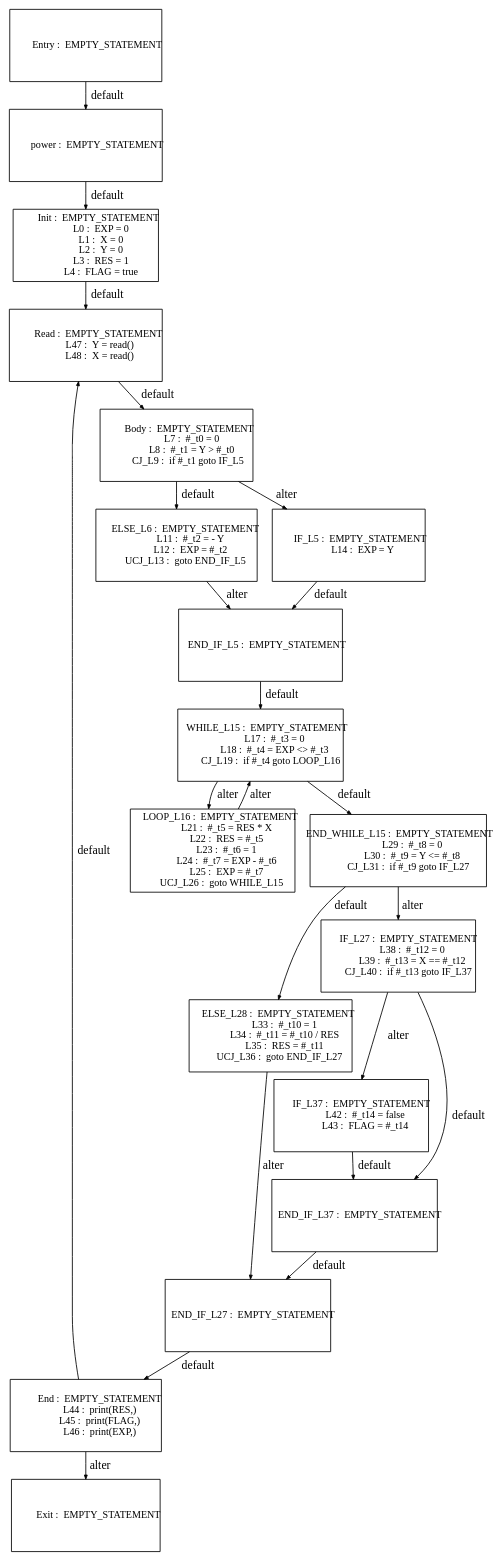
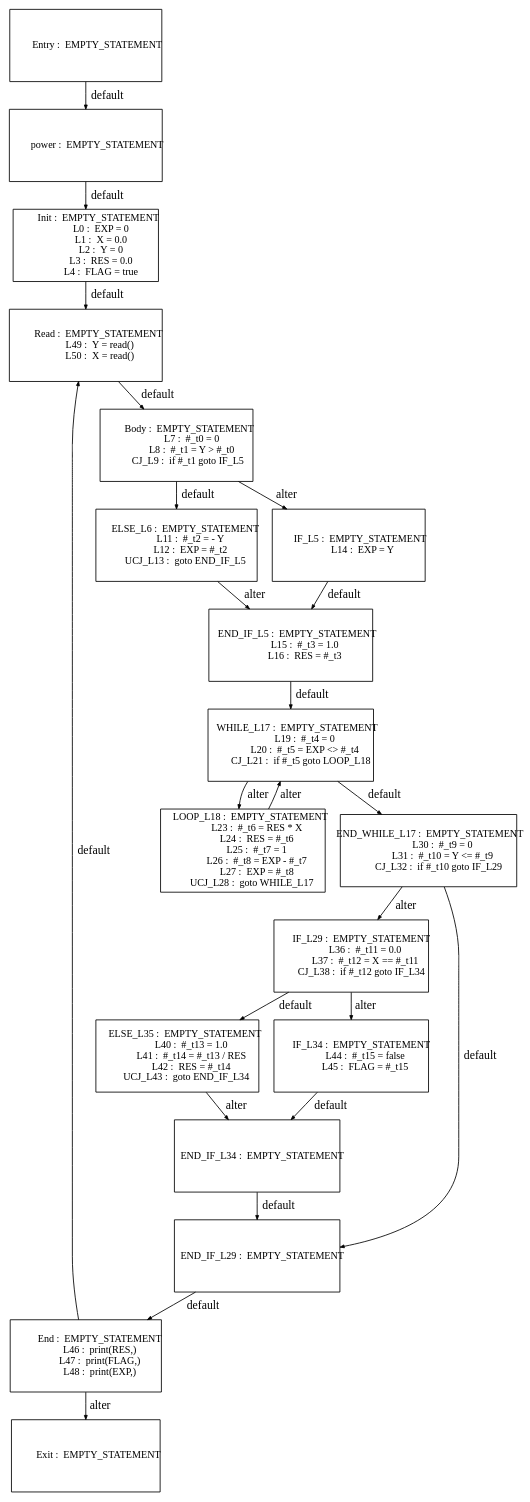
One commit to Geoffrey1014/ST_DSE changed the diagram in tests_programs/paper1_tests/power_output/Graph_origin_0.dot. Above: the diagram before and after it, drawn with Graphviz. The commit also changed 176 other files, not shown here.

```diff
--- a/tests_programs/paper1_tests/power_output/Graph_origin_0.dot
+++ b/tests_programs/paper1_tests/power_output/Graph_origin_0.dot
@@ -6,9 +6,9 @@
   "          power :  EMPTY_STATEMENT
 "; "           Init :  EMPTY_STATEMENT
              L0 :  EXP = 0
-             L1 :  X = 0
+             L1 :  X = 0.0
              L2 :  Y = 0
-             L3 :  RES = 1
+             L3 :  RES = 0.0
              L4 :  FLAG = true
 "; "           Body :  EMPTY_STATEMENT
              L7 :  #_t0 = 0
@@ -21,62 +21,64 @@
 "; "          IF_L5 :  EMPTY_STATEMENT
             L14 :  EXP = Y
 "; "      END_IF_L5 :  EMPTY_STATEMENT
-"; "      WHILE_L15 :  EMPTY_STATEMENT
-            L17 :  #_t3 = 0
-            L18 :  #_t4 = EXP <> #_t3
-         CJ_L19 :  if #_t4 goto LOOP_L16
-"; "       LOOP_L16 :  EMPTY_STATEMENT
-            L21 :  #_t5 = RES * X
-            L22 :  RES = #_t5
-            L23 :  #_t6 = 1
-            L24 :  #_t7 = EXP - #_t6
-            L25 :  EXP = #_t7
-        UCJ_L26 :  goto WHILE_L15
-"; "  END_WHILE_L15 :  EMPTY_STATEMENT
-            L29 :  #_t8 = 0
-            L30 :  #_t9 = Y <= #_t8
-         CJ_L31 :  if #_t9 goto IF_L27
-"; "       ELSE_L28 :  EMPTY_STATEMENT
-            L33 :  #_t10 = 1
-            L34 :  #_t11 = #_t10 / RES
-            L35 :  RES = #_t11
-        UCJ_L36 :  goto END_IF_L27
-"; "         IF_L27 :  EMPTY_STATEMENT
-            L38 :  #_t12 = 0
-            L39 :  #_t13 = X == #_t12
-         CJ_L40 :  if #_t13 goto IF_L37
-"; "         IF_L37 :  EMPTY_STATEMENT
-            L42 :  #_t14 = false
-            L43 :  FLAG = #_t14
-"; "     END_IF_L37 :  EMPTY_STATEMENT
-"; "     END_IF_L27 :  EMPTY_STATEMENT
+            L15 :  #_t3 = 1.0
+            L16 :  RES = #_t3
+"; "      WHILE_L17 :  EMPTY_STATEMENT
+            L19 :  #_t4 = 0
+            L20 :  #_t5 = EXP <> #_t4
+         CJ_L21 :  if #_t5 goto LOOP_L18
+"; "       LOOP_L18 :  EMPTY_STATEMENT
+            L23 :  #_t6 = RES * X
+            L24 :  RES = #_t6
+            L25 :  #_t7 = 1
+            L26 :  #_t8 = EXP - #_t7
+            L27 :  EXP = #_t8
+        UCJ_L28 :  goto WHILE_L17
+"; "  END_WHILE_L17 :  EMPTY_STATEMENT
+            L30 :  #_t9 = 0
+            L31 :  #_t10 = Y <= #_t9
+         CJ_L32 :  if #_t10 goto IF_L29
+"; "         IF_L29 :  EMPTY_STATEMENT
+            L36 :  #_t11 = 0.0
+            L37 :  #_t12 = X == #_t11
+         CJ_L38 :  if #_t12 goto IF_L34
+"; "       ELSE_L35 :  EMPTY_STATEMENT
+            L40 :  #_t13 = 1.0
+            L41 :  #_t14 = #_t13 / RES
+            L42 :  RES = #_t14
+        UCJ_L43 :  goto END_IF_L34
+"; "         IF_L34 :  EMPTY_STATEMENT
+            L44 :  #_t15 = false
+            L45 :  FLAG = #_t15
+"; "     END_IF_L34 :  EMPTY_STATEMENT
+"; "     END_IF_L29 :  EMPTY_STATEMENT
 "; "          Entry :  EMPTY_STATEMENT
 "; "            End :  EMPTY_STATEMENT
-            L44 :  print(RES,)
-            L45 :  print(FLAG,)
-            L46 :  print(EXP,)
+            L46 :  print(RES,)
+            L47 :  print(FLAG,)
+            L48 :  print(EXP,)
 "; "           Exit :  EMPTY_STATEMENT
 "; "           Read :  EMPTY_STATEMENT
-            L47 :  Y = read()
-            L48 :  X = read()
+            L49 :  Y = read()
+            L50 :  X = read()
 "; 
   "          power :  EMPTY_STATEMENT
 " -> "           Init :  EMPTY_STATEMENT
              L0 :  EXP = 0
-             L1 :  X = 0
+             L1 :  X = 0.0
              L2 :  Y = 0
-             L3 :  RES = 1
+             L3 :  RES = 0.0
              L4 :  FLAG = true
 "  [label="default"];
   "           Init :  EMPTY_STATEMENT
              L0 :  EXP = 0
-             L1 :  X = 0
+             L1 :  X = 0.0
              L2 :  Y = 0
-             L3 :  RES = 1
+             L3 :  RES = 0.0
              L4 :  FLAG = true
 " -> "           Read :  EMPTY_STATEMENT
-            L47 :  Y = read()
-            L48 :  X = read()
+            L49 :  Y = read()
+            L50 :  X = read()
 "  [label="default"];
   "           Body :  EMPTY_STATEMENT
              L7 :  #_t0 = 0
@@ -99,124 +101,130 @@
             L12 :  EXP = #_t2
         UCJ_L13 :  goto END_IF_L5
 " -> "      END_IF_L5 :  EMPTY_STATEMENT
+            L15 :  #_t3 = 1.0
+            L16 :  RES = #_t3
 "  [label="alter"];
   "          IF_L5 :  EMPTY_STATEMENT
             L14 :  EXP = Y
 " -> "      END_IF_L5 :  EMPTY_STATEMENT
+            L15 :  #_t3 = 1.0
+            L16 :  RES = #_t3
 "  [label="default"];
   "      END_IF_L5 :  EMPTY_STATEMENT
-" -> "      WHILE_L15 :  EMPTY_STATEMENT
-            L17 :  #_t3 = 0
-            L18 :  #_t4 = EXP <> #_t3
-         CJ_L19 :  if #_t4 goto LOOP_L16
+            L15 :  #_t3 = 1.0
+            L16 :  RES = #_t3
+" -> "      WHILE_L17 :  EMPTY_STATEMENT
+            L19 :  #_t4 = 0
+            L20 :  #_t5 = EXP <> #_t4
+         CJ_L21 :  if #_t5 goto LOOP_L18
 "  [label="default"];
-  "      WHILE_L15 :  EMPTY_STATEMENT
-            L17 :  #_t3 = 0
-            L18 :  #_t4 = EXP <> #_t3
-         CJ_L19 :  if #_t4 goto LOOP_L16
-" -> "  END_WHILE_L15 :  EMPTY_STATEMENT
-            L29 :  #_t8 = 0
-            L30 :  #_t9 = Y <= #_t8
-         CJ_L31 :  if #_t9 goto IF_L27
+  "      WHILE_L17 :  EMPTY_STATEMENT
+            L19 :  #_t4 = 0
+            L20 :  #_t5 = EXP <> #_t4
+         CJ_L21 :  if #_t5 goto LOOP_L18
+" -> "  END_WHILE_L17 :  EMPTY_STATEMENT
+            L30 :  #_t9 = 0
+            L31 :  #_t10 = Y <= #_t9
+         CJ_L32 :  if #_t10 goto IF_L29
 "  [label="default"];
-  "      WHILE_L15 :  EMPTY_STATEMENT
-            L17 :  #_t3 = 0
-            L18 :  #_t4 = EXP <> #_t3
-         CJ_L19 :  if #_t4 goto LOOP_L16
-" -> "       LOOP_L16 :  EMPTY_STATEMENT
-            L21 :  #_t5 = RES * X
-            L22 :  RES = #_t5
-            L23 :  #_t6 = 1
-            L24 :  #_t7 = EXP - #_t6
-            L25 :  EXP = #_t7
-        UCJ_L26 :  goto WHILE_L15
+  "      WHILE_L17 :  EMPTY_STATEMENT
+            L19 :  #_t4 = 0
+            L20 :  #_t5 = EXP <> #_t4
+         CJ_L21 :  if #_t5 goto LOOP_L18
+" -> "       LOOP_L18 :  EMPTY_STATEMENT
+            L23 :  #_t6 = RES * X
+            L24 :  RES = #_t6
+            L25 :  #_t7 = 1
+            L26 :  #_t8 = EXP - #_t7
+            L27 :  EXP = #_t8
+        UCJ_L28 :  goto WHILE_L17
 "  [label="alter"];
-  "       LOOP_L16 :  EMPTY_STATEMENT
-            L21 :  #_t5 = RES * X
-            L22 :  RES = #_t5
-            L23 :  #_t6 = 1
-            L24 :  #_t7 = EXP - #_t6
-            L25 :  EXP = #_t7
-        UCJ_L26 :  goto WHILE_L15
-" -> "      WHILE_L15 :  EMPTY_STATEMENT
-            L17 :  #_t3 = 0
-            L18 :  #_t4 = EXP <> #_t3
-         CJ_L19 :  if #_t4 goto LOOP_L16
+  "       LOOP_L18 :  EMPTY_STATEMENT
+            L23 :  #_t6 = RES * X
+            L24 :  RES = #_t6
+            L25 :  #_t7 = 1
+            L26 :  #_t8 = EXP - #_t7
+            L27 :  EXP = #_t8
+        UCJ_L28 :  goto WHILE_L17
+" -> "      WHILE_L17 :  EMPTY_STATEMENT
+            L19 :  #_t4 = 0
+            L20 :  #_t5 = EXP <> #_t4
+         CJ_L21 :  if #_t5 goto LOOP_L18
 "  [label="alter"];
-  "  END_WHILE_L15 :  EMPTY_STATEMENT
-            L29 :  #_t8 = 0
-            L30 :  #_t9 = Y <= #_t8
-         CJ_L31 :  if #_t9 goto IF_L27
-" -> "       ELSE_L28 :  EMPTY_STATEMENT
-            L33 :  #_t10 = 1
-            L34 :  #_t11 = #_t10 / RES
-            L35 :  RES = #_t11
-        UCJ_L36 :  goto END_IF_L27
+  "  END_WHILE_L17 :  EMPTY_STATEMENT
+            L30 :  #_t9 = 0
+            L31 :  #_t10 = Y <= #_t9
+         CJ_L32 :  if #_t10 goto IF_L29
+" -> "     END_IF_L29 :  EMPTY_STATEMENT
 "  [label="default"];
-  "  END_WHILE_L15 :  EMPTY_STATEMENT
-            L29 :  #_t8 = 0
-            L30 :  #_t9 = Y <= #_t8
-         CJ_L31 :  if #_t9 goto IF_L27
-" -> "         IF_L27 :  EMPTY_STATEMENT
-            L38 :  #_t12 = 0
-            L39 :  #_t13 = X == #_t12
-         CJ_L40 :  if #_t13 goto IF_L37
+  "  END_WHILE_L17 :  EMPTY_STATEMENT
+            L30 :  #_t9 = 0
+            L31 :  #_t10 = Y <= #_t9
+         CJ_L32 :  if #_t10 goto IF_L29
+" -> "         IF_L29 :  EMPTY_STATEMENT
+            L36 :  #_t11 = 0.0
+            L37 :  #_t12 = X == #_t11
+         CJ_L38 :  if #_t12 goto IF_L34
 "  [label="alter"];
-  "       ELSE_L28 :  EMPTY_STATEMENT
-            L33 :  #_t10 = 1
-            L34 :  #_t11 = #_t10 / RES
-            L35 :  RES = #_t11
-        UCJ_L36 :  goto END_IF_L27
-" -> "     END_IF_L27 :  EMPTY_STATEMENT
+  "         IF_L29 :  EMPTY_STATEMENT
+            L36 :  #_t11 = 0.0
+            L37 :  #_t12 = X == #_t11
+         CJ_L38 :  if #_t12 goto IF_L34
+" -> "       ELSE_L35 :  EMPTY_STATEMENT
+            L40 :  #_t13 = 1.0
+            L41 :  #_t14 = #_t13 / RES
+            L42 :  RES = #_t14
+        UCJ_L43 :  goto END_IF_L34
+"  [label="default"];
+  "         IF_L29 :  EMPTY_STATEMENT
+            L36 :  #_t11 = 0.0
+            L37 :  #_t12 = X == #_t11
+         CJ_L38 :  if #_t12 goto IF_L34
+" -> "         IF_L34 :  EMPTY_STATEMENT
+            L44 :  #_t15 = false
+            L45 :  FLAG = #_t15
 "  [label="alter"];
-  "         IF_L27 :  EMPTY_STATEMENT
-            L38 :  #_t12 = 0
-            L39 :  #_t13 = X == #_t12
-         CJ_L40 :  if #_t13 goto IF_L37
-" -> "     END_IF_L37 :  EMPTY_STATEMENT
+  "       ELSE_L35 :  EMPTY_STATEMENT
+            L40 :  #_t13 = 1.0
+            L41 :  #_t14 = #_t13 / RES
+            L42 :  RES = #_t14
+        UCJ_L43 :  goto END_IF_L34
+" -> "     END_IF_L34 :  EMPTY_STATEMENT
+"  [label="alter"];
+  "         IF_L34 :  EMPTY_STATEMENT
+            L44 :  #_t15 = false
+            L45 :  FLAG = #_t15
+" -> "     END_IF_L34 :  EMPTY_STATEMENT
 "  [label="default"];
-  "         IF_L27 :  EMPTY_STATEMENT
-            L38 :  #_t12 = 0
-            L39 :  #_t13 = X == #_t12
-         CJ_L40 :  if #_t13 goto IF_L37
-" -> "         IF_L37 :  EMPTY_STATEMENT
-            L42 :  #_t14 = false
-            L43 :  FLAG = #_t14
-"  [label="alter"];
-  "         IF_L37 :  EMPTY_STATEMENT
-            L42 :  #_t14 = false
-            L43 :  FLAG = #_t14
-" -> "     END_IF_L37 :  EMPTY_STATEMENT
+  "     END_IF_L34 :  EMPTY_STATEMENT
+" -> "     END_IF_L29 :  EMPTY_STATEMENT
 "  [label="default"];
-  "     END_IF_L37 :  EMPTY_STATEMENT
-" -> "     END_IF_L27 :  EMPTY_STATEMENT
-"  [label="default"];
-  "     END_IF_L27 :  EMPTY_STATEMENT
+  "     END_IF_L29 :  EMPTY_STATEMENT
 " -> "            End :  EMPTY_STATEMENT
-            L44 :  print(RES,)
-            L45 :  print(FLAG,)
-            L46 :  print(EXP,)
+            L46 :  print(RES,)
+            L47 :  print(FLAG,)
+            L48 :  print(EXP,)
 "  [label="default"];
   "          Entry :  EMPTY_STATEMENT
 " -> "          power :  EMPTY_STATEMENT
 "  [label="default"];
   "            End :  EMPTY_STATEMENT
-            L44 :  print(RES,)
-            L45 :  print(FLAG,)
-            L46 :  print(EXP,)
+            L46 :  print(RES,)
+            L47 :  print(FLAG,)
+            L48 :  print(EXP,)
 " -> "           Read :  EMPTY_STATEMENT
-            L47 :  Y = read()
-            L48 :  X = read()
+            L49 :  Y = read()
+            L50 :  X = read()
 "  [label="default"];
   "            End :  EMPTY_STATEMENT
-            L44 :  print(RES,)
-            L45 :  print(FLAG,)
-            L46 :  print(EXP,)
+            L46 :  print(RES,)
+            L47 :  print(FLAG,)
+            L48 :  print(EXP,)
 " -> "           Exit :  EMPTY_STATEMENT
 "  [label="alter"];
   "           Read :  EMPTY_STATEMENT
-            L47 :  Y = read()
-            L48 :  X = read()
+            L49 :  Y = read()
+            L50 :  X = read()
 " -> "           Body :  EMPTY_STATEMENT
              L7 :  #_t0 = 0
              L8 :  #_t1 = Y > #_t0
```
